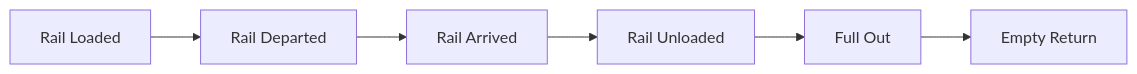
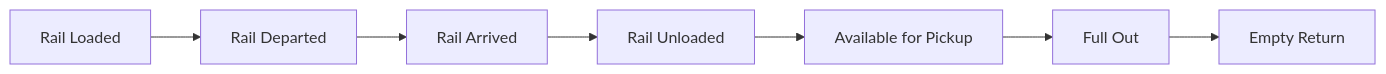
The first of 2 diagrams in docs/api-docs/in-depth-guides/rail-integration-guide.mdx (Terminal49/API), drawn with Mermaid before and after one commit. The commit also changed other lines of this file, not shown here.

Commit message:
Replace very complex diagram with at-terminal diagram

````diff
--- a/docs/api-docs/in-depth-guides/rail-integration-guide.mdx
+++ b/docs/api-docs/in-depth-guides/rail-integration-guide.mdx
@@ -51,8 +51,9 @@
 ```mermaid
 graph LR
 A[Rail Loaded] --> B[Rail Departed]
 B --> C[Rail Arrived]
 C --> D[Rail Unloaded]
-D --> E[Full Out]
+D --> G[Available for Pickup]
+G --> E[Full Out]
 E --> F[Empty Return]
 ```
````
